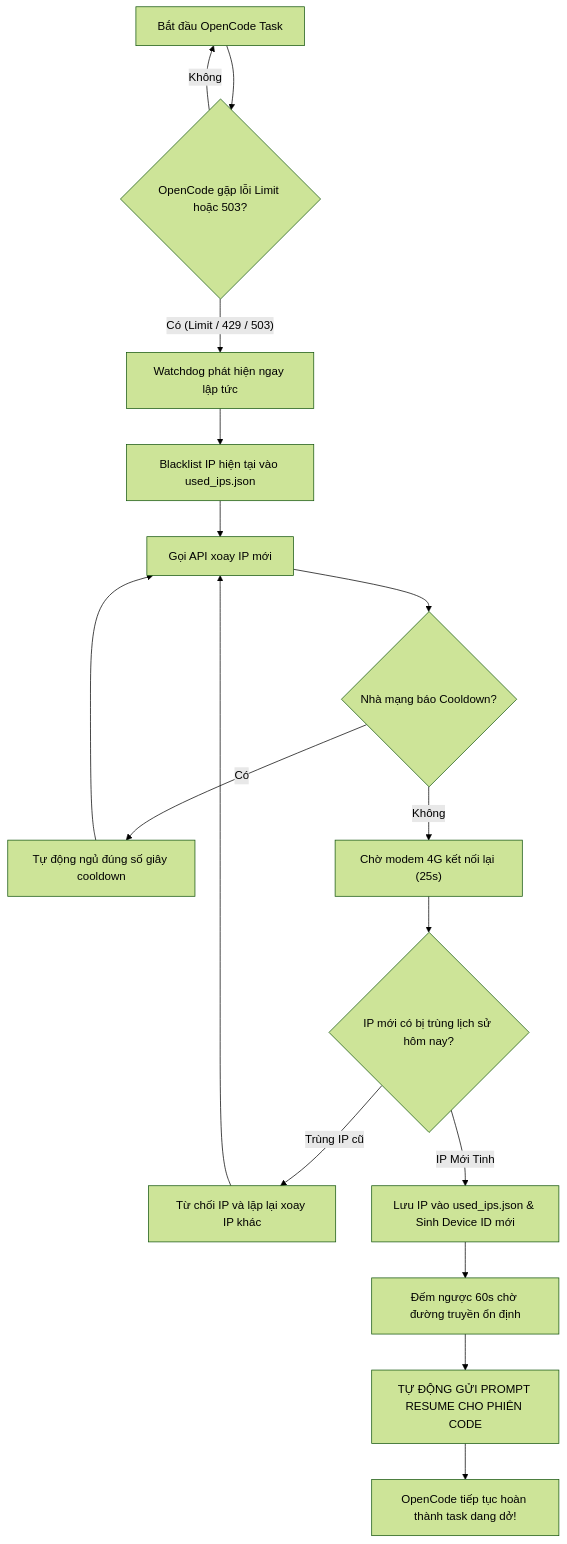
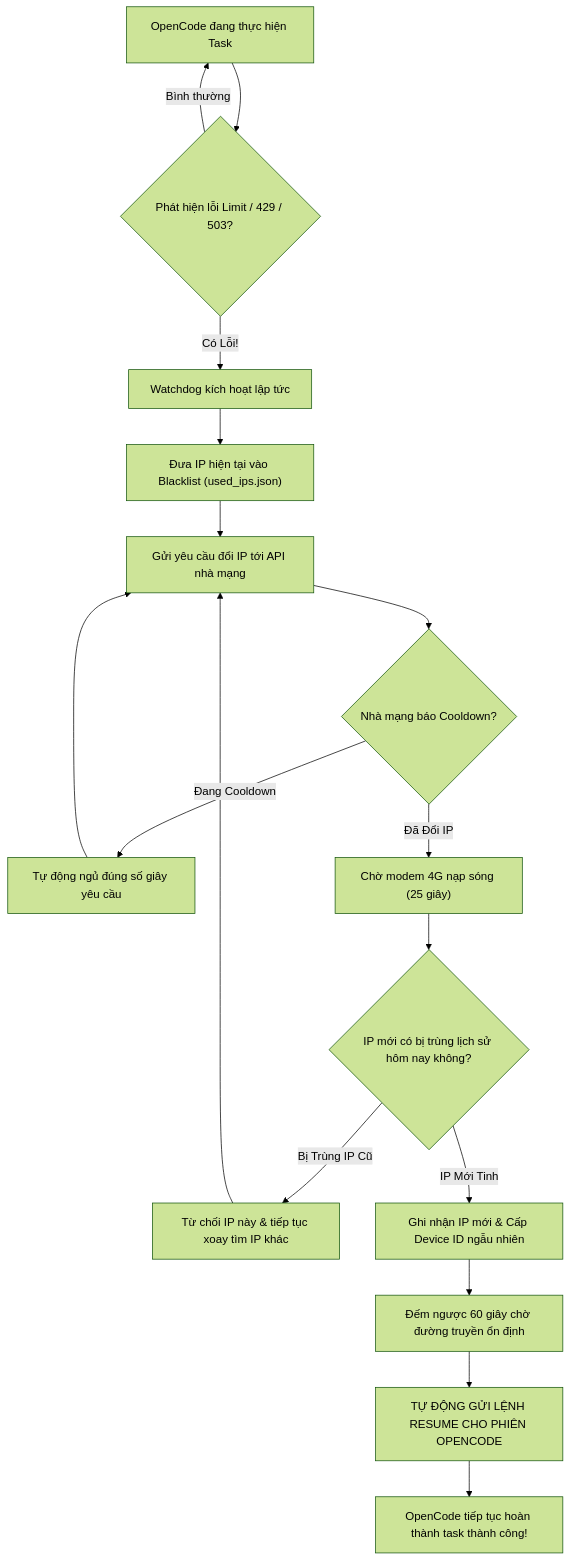
One commit to coder-nguoi-tay/opencode-unlimited changed the diagram in README.md. Above: the diagram before and after it, drawn with Mermaid (forest theme). The commit also changed other lines of this file, not shown here.

````diff
--- a/README.md
+++ b/README.md
@@ -106,17 +165,17 @@
 ```mermaid
 flowchart TD
-    A["Bắt đầu OpenCode Task"] --> B{"OpenCode gặp lỗi Limit hoặc 503?"}
-    B -- Không --> A
-    B -- Có (Limit / 429 / 503) --> C["Watchdog phát hiện ngay lập tức"]
-    C --> D["Blacklist IP hiện tại vào used_ips.json"]
-    D --> E["Gọi API xoay IP mới"]
+    A["OpenCode đang thực hiện Task"] --> B{"Phát hiện lỗi Limit / 429 / 503?"}
+    B -- Bình thường --> A
+    B -- Có Lỗi! --> C["Watchdog kích hoạt lập tức"]
+    C --> D["Đưa IP hiện tại vào Blacklist (used_ips.json)"]
+    D --> E["Gửi yêu cầu đổi IP tới API nhà mạng"]
     E --> F{"Nhà mạng báo Cooldown?"}
-    F -- Có --> G["Tự động ngủ đúng số giây cooldown"] --> E
-    F -- Không --> H["Chờ modem 4G kết nối lại (25s)"]
-    H --> I{"IP mới có bị trùng lịch sử hôm nay?"}
-    I -- Trùng IP cũ --> J["Từ chối IP và lặp lại xoay IP khác"] --> E
-    I -- IP Mới Tinh --> K["Lưu IP vào used_ips.json & Sinh Device ID mới"]
-    K --> L["Đếm ngược 60s chờ đường truyền ổn định"]
-    L --> M["TỰ ĐỘNG GỬI PROMPT RESUME CHO PHIÊN CODE"]
-    M --> N["OpenCode tiếp tục hoàn thành task dang dở!"]
+    F -- Đang Cooldown --> G["Tự động ngủ đúng số giây yêu cầu"] --> E
+    F -- Đã Đổi IP --> H["Chờ modem 4G nạp sóng (25 giây)"]
+    H --> I{"IP mới có bị trùng lịch sử hôm nay không?"}
+    I -- Bị Trùng IP Cũ --> J["Từ chối IP này & tiếp tục xoay tìm IP khác"] --> E
+    I -- IP Mới Tinh --> K["Ghi nhận IP mới & Cấp Device ID ngẫu nhiên"]
+    K --> L["Đếm ngược 60 giây chờ đường truyền ổn định"]
+    L --> M["TỰ ĐỘNG GỬI LỆNH RESUME CHO PHIÊN OPENCODE"]
+    M --> N["OpenCode tiếp tục hoàn thành task thành công!"]
 ```
````
